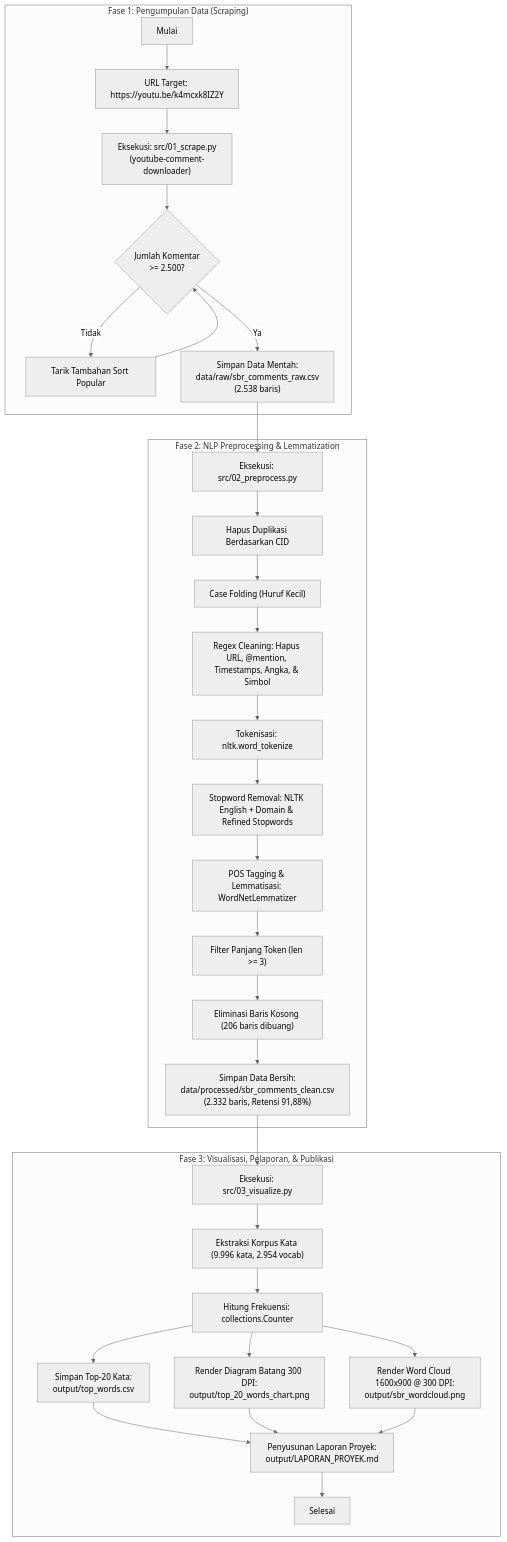
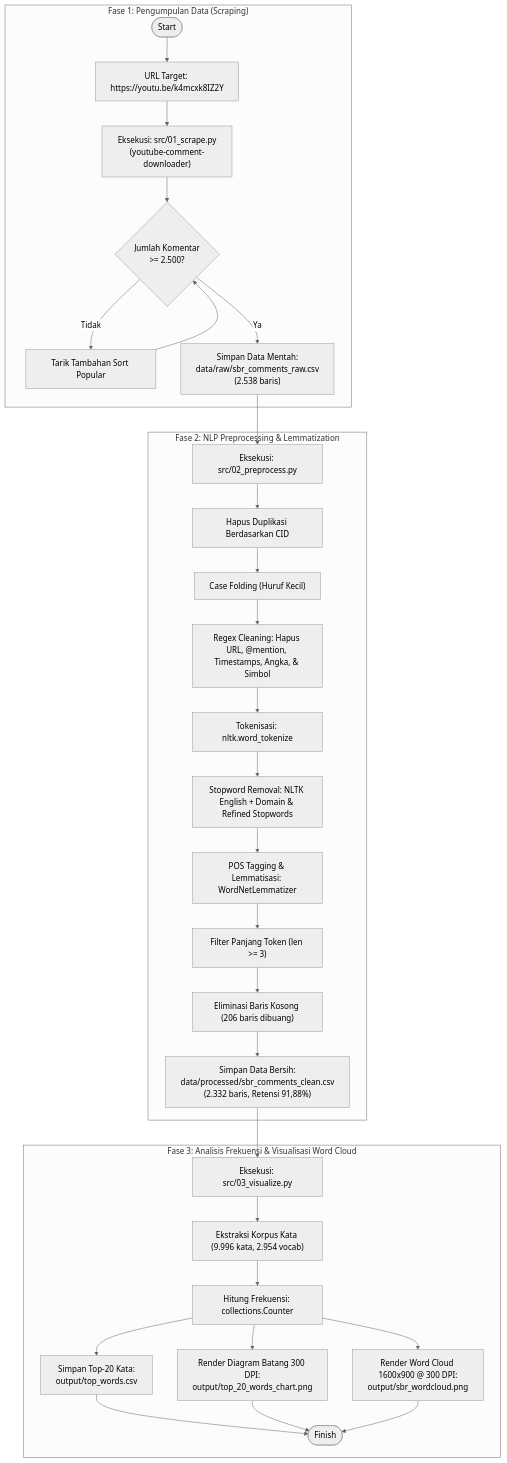
Before and after one commit to hamsigma/sbr-jojo-ytb-text-mining: the second of 2 diagrams in README.md, drawn with Mermaid (neutral theme). The commit also changed 3 other files, not shown here.

Commit message:
docs: update detailed flowchart to start with Start and finish at Word Cloud

````diff
--- a/README.md
+++ b/README.md
@@ -21,35 +21,34 @@
 ```mermaid
 flowchart TD
     subgraph Fase1 ["Fase 1: Pengumpulan Data (Scraping)"]
-        A["Mulai"] --> B["URL Target: https://youtu.be/k4mcxk8IZ2Y"]
+        A([Start]) --> B["URL Target: https://youtu.be/k4mcxk8IZ2Y"]
         B --> C["Eksekusi: src/01_scrape.py<br/>(youtube-comment-downloader)"]
         C --> D{"Jumlah Komentar<br/>>= 2.500?"}
         D -- "Tidak" --> C2["Tarik Tambahan Sort Popular"]
         C2 --> D
         D -- "Ya" --> E["Simpan Data Mentah:<br/>data/raw/sbr_comments_raw.csv<br/>(2.538 baris)"]
     end
 
     subgraph Fase2 ["Fase 2: NLP Preprocessing & Lemmatization"]
         E --> F["Eksekusi: src/02_preprocess.py"]
         F --> G["Hapus Duplikasi Berdasarkan CID"]
         G --> H["Case Folding (Huruf Kecil)"]
         H --> I["Regex Cleaning: Hapus URL, @mention, Timestamps, Angka, & Simbol"]
         I --> J["Tokenisasi: nltk.word_tokenize"]
         J --> K["Stopword Removal: NLTK English + Domain & Refined Stopwords"]
         K --> L["POS Tagging & Lemmatisasi: WordNetLemmatizer"]
         L --> M["Filter Panjang Token (len >= 3)"]
         M --> N["Eliminasi Baris Kosong (206 baris dibuang)"]
         N --> O["Simpan Data Bersih:<br/>data/processed/sbr_comments_clean.csv<br/>(2.332 baris, Retensi 91,88%)"]
     end
 
-    subgraph Fase3 ["Fase 3: Visualisasi, Pelaporan, & Publikasi"]
+    subgraph Fase3 ["Fase 3: Analisis Frekuensi & Visualisasi Word Cloud"]
         O --> P["Eksekusi: src/03_visualize.py"]
         P --> Q["Ekstraksi Korpus Kata (9.996 kata, 2.954 vocab)"]
         Q --> R["Hitung Frekuensi: collections.Counter"]
         R --> S["Simpan Top-20 Kata:<br/>output/top_words.csv"]
         R --> T["Render Diagram Batang 300 DPI:<br/>output/top_20_words_chart.png"]
         R --> U["Render Word Cloud 1600x900 @ 300 DPI:<br/>output/sbr_wordcloud.png"]
-        S & T & U --> V["Penyusunan Laporan Proyek:<br/>output/LAPORAN_PROYEK.md"]
-        V --> W["Selesai"]
+        S & T & U --> V([Finish])
     end
 ```
````
